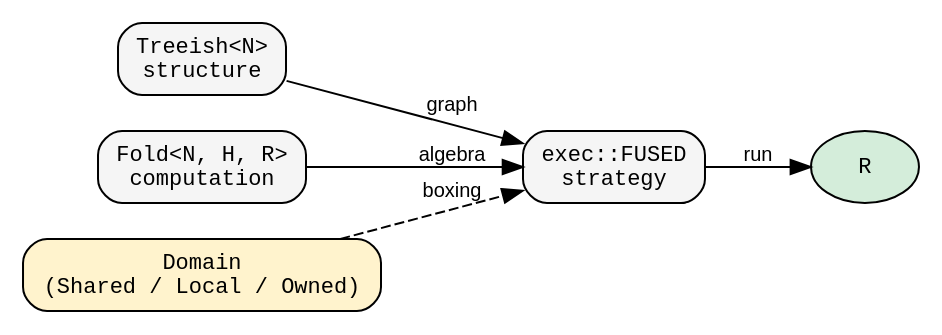
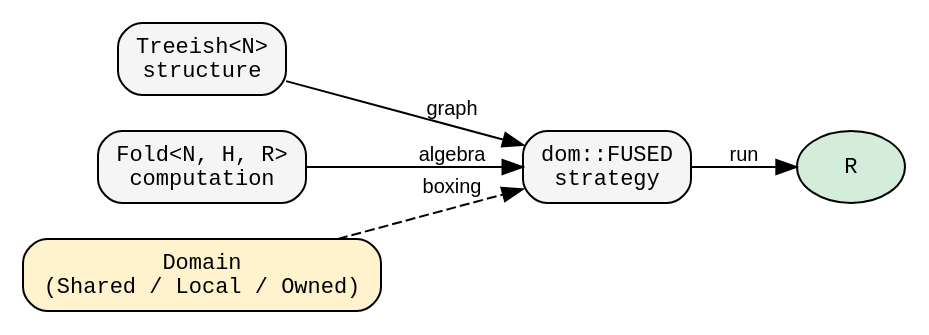
One commit to hylic-recursion/hylic-docs changed the second of 2 diagrams in book/src/concepts/separation.md. Above: the diagram before and after it, drawn with Graphviz. The commit also changed other lines of this file and 16 other files, not shown here.

````diff
--- a/book/src/concepts/separation.md
+++ b/book/src/concepts/separation.md
@@ -120,18 +120,18 @@
 ```dot process
 digraph {
     rankdir=LR;
     node [shape=box, style="rounded,filled", fillcolor="#f5f5f5", fontname="monospace", fontsize=11];
     edge [fontname="sans-serif", fontsize=10];
 
     Treeish [label="Treeish<N>\nstructure"];
     Fold [label="Fold<N, H, R>\ncomputation"];
-    Exec [label="exec::FUSED\nstrategy"];
+    Exec [label="dom::FUSED\nstrategy"];
     Domain [label="Domain\n(Shared / Local / Owned)", fillcolor="#fff3cd"];
     R [label="R", shape=ellipse, style=filled, fillcolor="#d4edda"];
 
     Treeish -> Exec [label="graph"];
     Fold -> Exec [label="algebra"];
     Domain -> Exec [label="boxing", style=dashed];
     Exec -> R [label="run"];
 }
 ```
````
